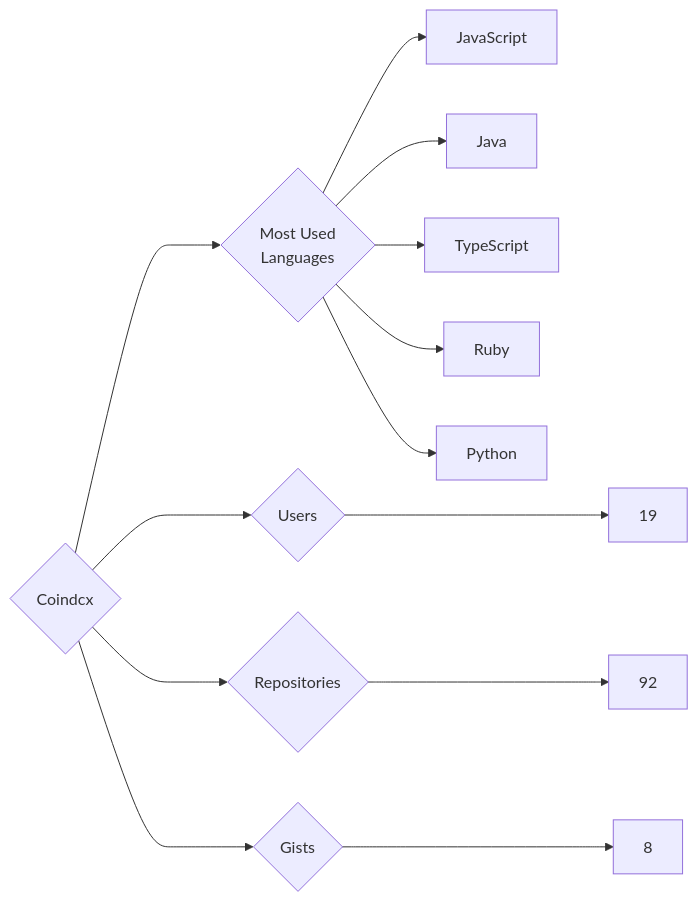
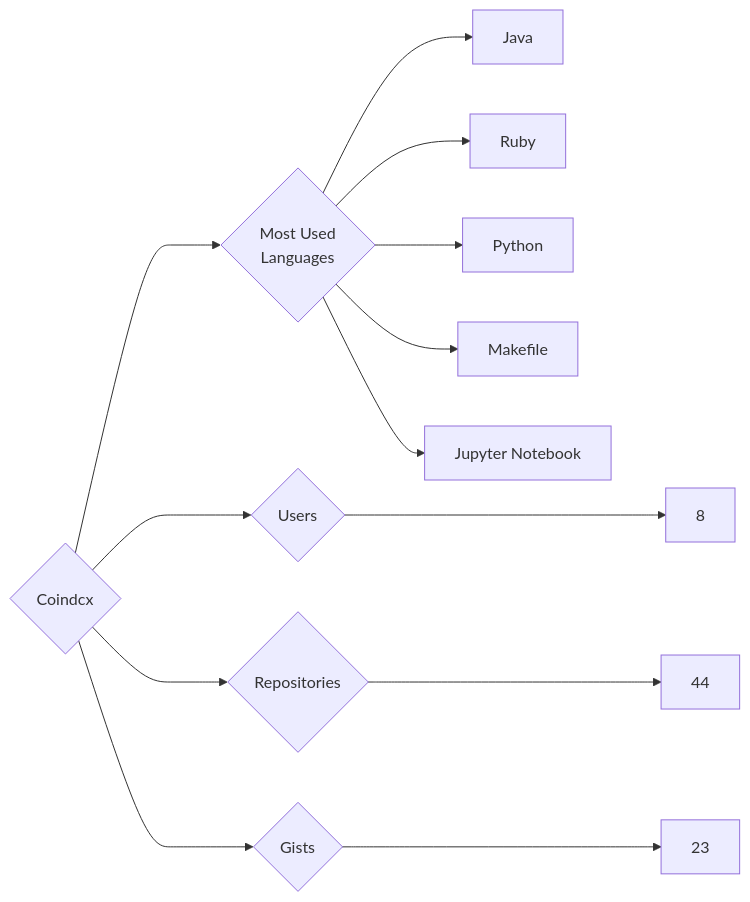
The diagram in targets/Coindcx/README.md (trickest/insiders), drawn with Mermaid before and after one commit. The commit also changed 932 other files, not shown here.

````diff
--- a/targets/Coindcx/README.md
+++ b/targets/Coindcx/README.md
@@ -3,13 +3,13 @@
 ```mermaid
 graph LR
 COMPANY_NAME{Coindcx}
-COMPANY_NAME ---> U{Users} ---> UN[19]
-COMPANY_NAME ---> R{Repositories} ---> RN[92]
-COMPANY_NAME ---> G{Gists} ---> GN[8]
+COMPANY_NAME ---> U{Users} ---> UN[8]
+COMPANY_NAME ---> R{Repositories} ---> RN[44]
+COMPANY_NAME ---> G{Gists} ---> GN[23]
 COMPANY_NAME ---> ML{Most Used<br>Languages}
-ML --> JavaScript[JavaScript]
 ML --> Java[Java]
-ML --> TypeScript[TypeScript]
 ML --> Ruby[Ruby]
 ML --> Python[Python]
+ML --> Makefile[Makefile]
+ML --> Jupyter_Notebook[Jupyter Notebook]
 ```
````
